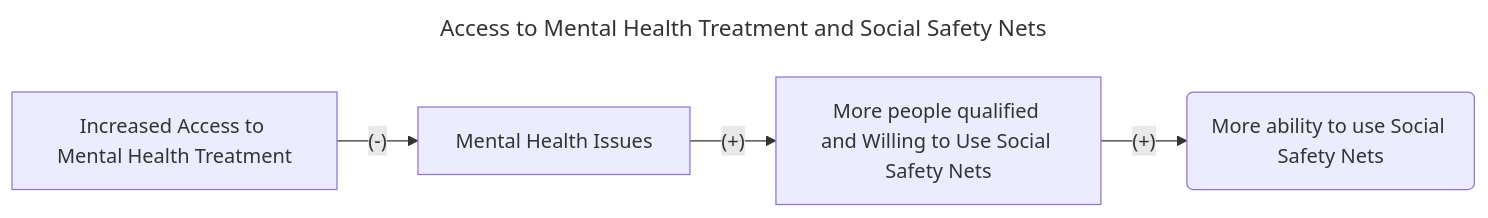
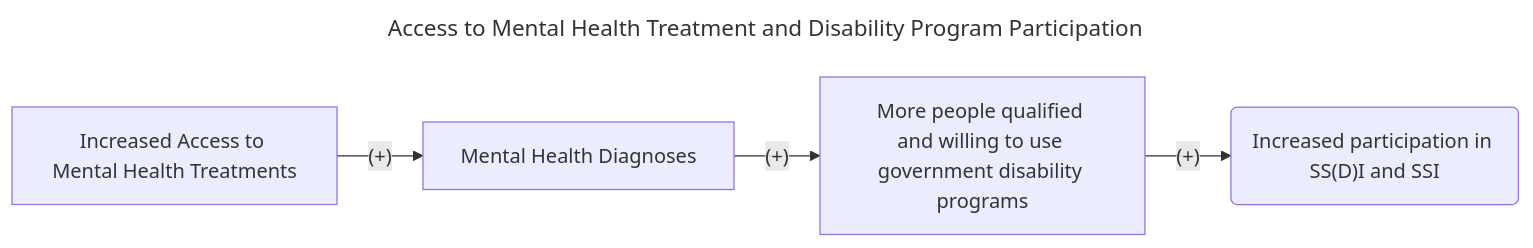
The third of 3 diagrams in Lit_Review/PaperSummaries.md (ecn310/course-project-zipcentercrime), drawn with Mermaid before and after one commit.

Commit message:
Updated mermaid for third PaperSummaries.md

````diff
--- a/Lit_Review/PaperSummaries.md
+++ b/Lit_Review/PaperSummaries.md
@@ -63,7 +63,7 @@
 ```mermaid
 ---
-title: Access to Mental Health Treatment and Social Safety Nets
+title: Access to Mental Health Treatment and Disability Program Participation
 ---
 flowchart LR
- A["Increased Access to Mental Health Treatment "] --(#45;)--> B["Mental Health Issues"] --(#43;)--> C["More people qualified and Willing to Use Social Safety Nets"] --(#43;)--> D("More ability to use Social Safety Nets")
+ A["Increased Access to Mental Health Treatments"] --(#43;)--> B["Mental Health Diagnoses"] --(#43;)--> C["More people qualified and willing to use government disability programs"] --(#43;)--> D("Increased participation in SS(D)I and SSI")
 ```
````
